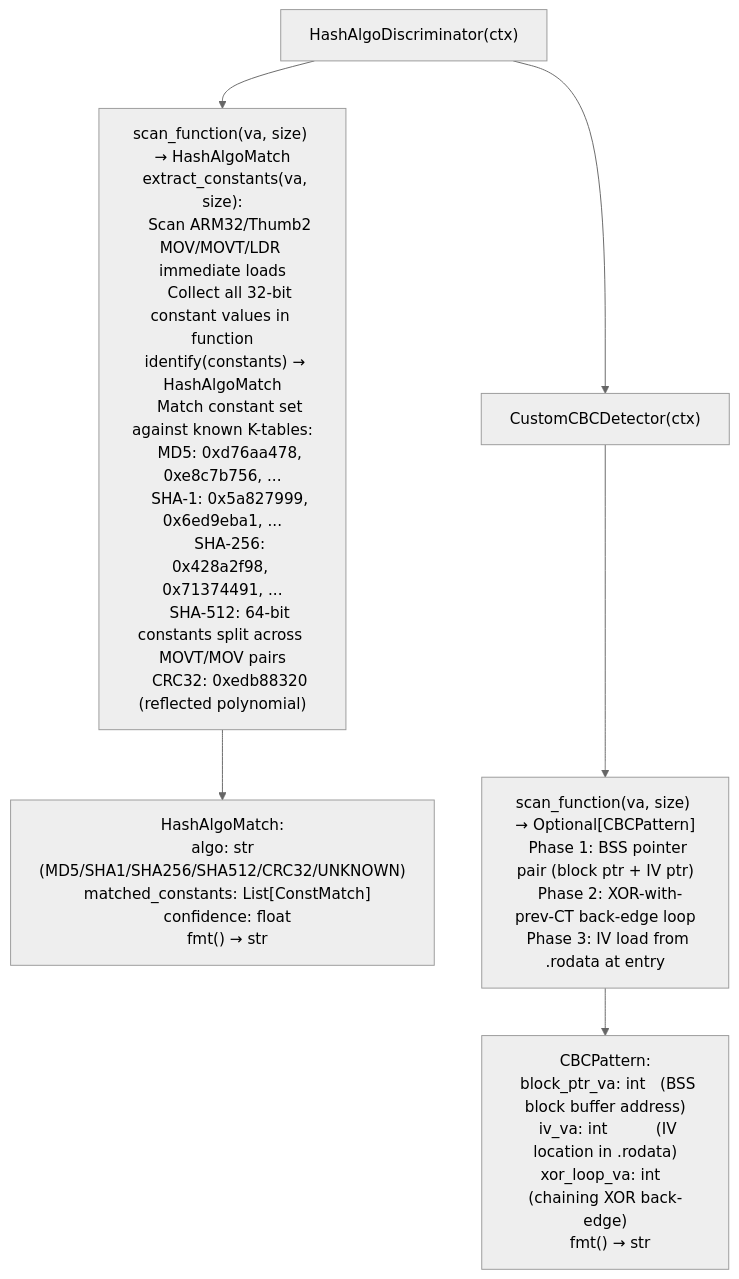
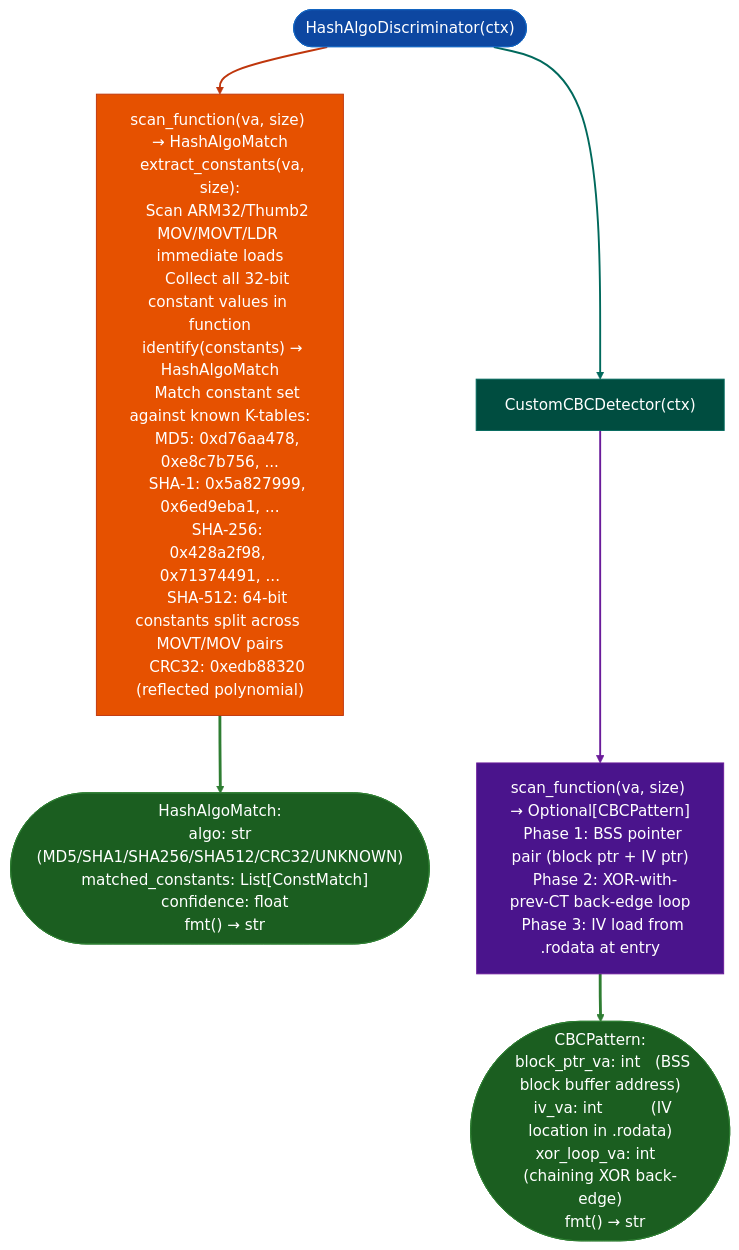
The diagram in docs/reference-modules/cryptographic-analysis.md (Ablation-Tool/ablation), drawn with Mermaid (neutral theme) before and after one commit. The commit also changed 320 other files, not shown here.

First line of the commit message:
docs: apply canonical Mermaid template to all 321 diagrams

````diff
--- a/docs/reference-modules/cryptographic-analysis.md
+++ b/docs/reference-modules/cryptographic-analysis.md
@@ -19,7 +19,18 @@
 ```mermaid
 flowchart TD
-    A["HashAlgoDiscriminator(ctx)"] --> B["scan_function(va, size) → HashAlgoMatch\n  extract_constants(va, size):\n    Scan ARM32/Thumb2 MOV/MOVT/LDR immediate loads\n    Collect all 32-bit constant values in function\n  identify(constants) → HashAlgoMatch\n    Match constant set against known K-tables:\n    MD5: 0xd76aa478, 0xe8c7b756, ...\n    SHA-1: 0x5a827999, 0x6ed9eba1, ...\n    SHA-256: 0x428a2f98, 0x71374491, ...\n    SHA-512: 64-bit constants split across MOVT/MOV pairs\n    CRC32: 0xedb88320 (reflected polynomial)"]
-    B --> C["HashAlgoMatch:\n  algo: str  (MD5/SHA1/SHA256/SHA512/CRC32/UNKNOWN)\n  matched_constants: List[ConstMatch]\n  confidence: float\n  fmt() → str"]
-    A --> D["CustomCBCDetector(ctx)"] --> E["scan_function(va, size) → Optional[CBCPattern]\n  Phase 1: BSS pointer pair (block ptr + IV ptr)\n  Phase 2: XOR-with-prev-CT back-edge loop\n  Phase 3: IV load from .rodata at entry"]
-    E --> F["CBCPattern:\n  block_ptr_va: int   (BSS block buffer address)\n  iv_va: int          (IV location in .rodata)\n  xor_loop_va: int    (chaining XOR back-edge)\n  fmt() → str"]
+    A(["HashAlgoDiscriminator(ctx)"]):::input --> B["scan_function(va, size) → HashAlgoMatch\n  extract_constants(va, size):\n    Scan ARM32/Thumb2 MOV/MOVT/LDR immediate loads\n    Collect all 32-bit constant values in function\n  identify(constants) → HashAlgoMatch\n    Match constant set against known K-tables:\n    MD5: 0xd76aa478, 0xe8c7b756, ...\n    SHA-1: 0x5a827999, 0x6ed9eba1, ...\n    SHA-256: 0x428a2f98, 0x71374491, ...\n    SHA-512: 64-bit constants split across MOVT/MOV pairs\n    CRC32: 0xedb88320 (reflected polynomial)"]:::primary
+    B:::primary --> C(["HashAlgoMatch:\n  algo: str  (MD5/SHA1/SHA256/SHA512/CRC32/UNKNOWN)\n  matched_constants: List[ConstMatch]\n  confidence: float\n  fmt() → str"]):::output
+    A:::input --> D["CustomCBCDetector(ctx)"]:::secondary --> E["scan_function(va, size) → Optional[CBCPattern]\n  Phase 1: BSS pointer pair (block ptr + IV ptr)\n  Phase 2: XOR-with-prev-CT back-edge loop\n  Phase 3: IV load from .rodata at entry"]:::tertiary
+    E:::tertiary --> F(["CBCPattern:\n  block_ptr_va: int   (BSS block buffer address)\n  iv_va: int          (IV location in .rodata)\n  xor_loop_va: int    (chaining XOR back-edge)\n  fmt() → str"]):::output
+    classDef input     fill:#0d47a1,stroke:#1565c0,color:#fff
+    classDef primary   fill:#e65100,stroke:#bf360c,color:#fff
+    classDef secondary fill:#004d40,stroke:#00695c,color:#fff
+    classDef tertiary  fill:#4a148c,stroke:#6a1b9a,color:#fff
+    classDef neutral   fill:#37474f,stroke:#546e7a,color:#fff
+    classDef output    fill:#1b5e20,stroke:#2e7d32,color:#fff
+    linkStyle 0 stroke:#bf360c,stroke-width:2px
+    linkStyle 1 stroke:#2e7d32,stroke-width:3px
+    linkStyle 2 stroke:#00695c,stroke-width:2px
+    linkStyle 3 stroke:#6a1b9a,stroke-width:2px
+    linkStyle 4 stroke:#2e7d32,stroke-width:3px
 ```
````
